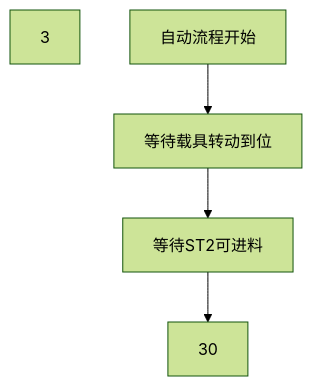
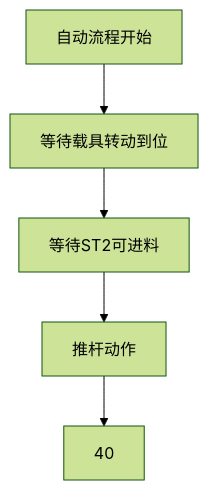
One commit to zmq000/iodraw-files changed the diagram in all/OP70工位1长回流工位.md. Above: the diagram before and after it, drawn with Mermaid (forest theme).

Commit message:
2026-06-17 15:33:45 update

````diff
--- a/all/OP70工位1长回流工位.md
+++ b/all/OP70工位1长回流工位.md
@@ -1,8 +1,9 @@
 ```mermaid
 graph TD
  自动流程开始-->10
  10[等待载具转动到位]-->20
  20[等待ST2可进料]-->30
- 3
+ 30[推杆动作]-->40
+ 
 
 ```
````
